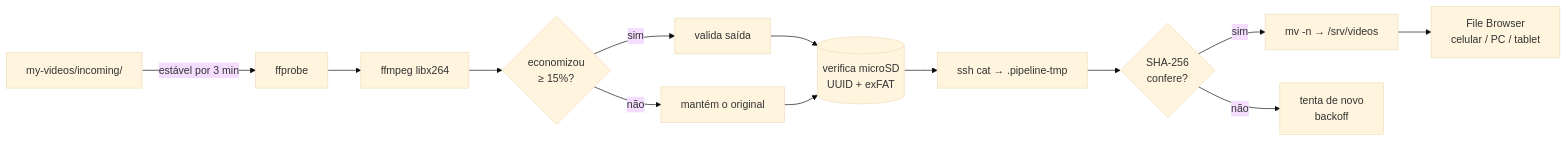
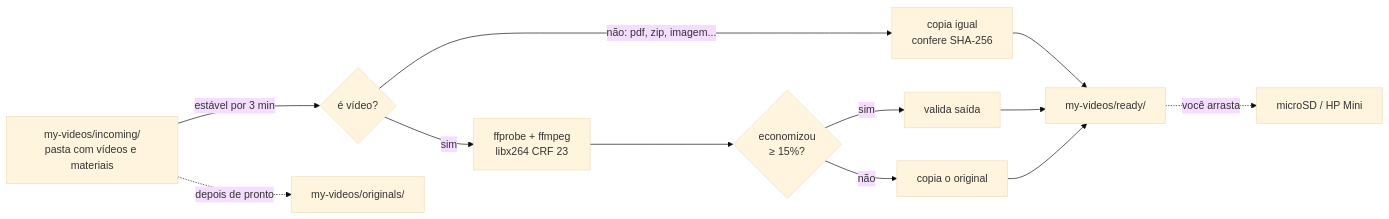
The diagram in README.md (FernandoHN99/automation-videos-macos), drawn with Mermaid (base theme) before and after one commit. The commit also changed other lines of this file and 4 other files, not shown here.

First line of the commit message:
Modo local: comprime vídeos e copia o resto para ready/, sem envio

````diff
--- a/README.md
+++ b/README.md
@@ -13,15 +15,14 @@
 ```mermaid
 flowchart LR
-    A[my-videos/incoming/] -->|estável por 3 min| B[ffprobe]
-    B --> C[ffmpeg libx264]
-    C --> D{economizou<br/>≥ 15%?}
-    D -->|sim| E[valida saída]
-    D -->|não| F[mantém o original]
-    E --> G[(verifica microSD<br/>UUID + exFAT)]
-    F --> G
-    G --> H[ssh cat → .pipeline-tmp]
-    H --> I{SHA-256<br/>confere?}
-    I -->|sim| J[mv -n → /srv/videos]
-    I -->|não| K[tenta de novo<br/>backoff]
-    J --> L[File Browser<br/>celular / PC / tablet]
+    A[my-videos/incoming/<br/>pasta com vídeos e materiais] -->|estável por 3 min| B{é vídeo?}
+    B -->|não: pdf, zip, imagem...| C[copia igual<br/>confere SHA-256]
+    B -->|sim| D[ffprobe + ffmpeg<br/>libx264 CRF 23]
+    D --> E{economizou<br/>≥ 15%?}
+    E -->|sim| F[valida saída]
+    E -->|não| G[copia o original]
+    C --> H[my-videos/ready/]
+    F --> H
+    G --> H
+    H -.->|você arrasta| I[microSD / HP Mini]
+    A -.->|depois de pronto| J[my-videos/originals/]
 ```
````
